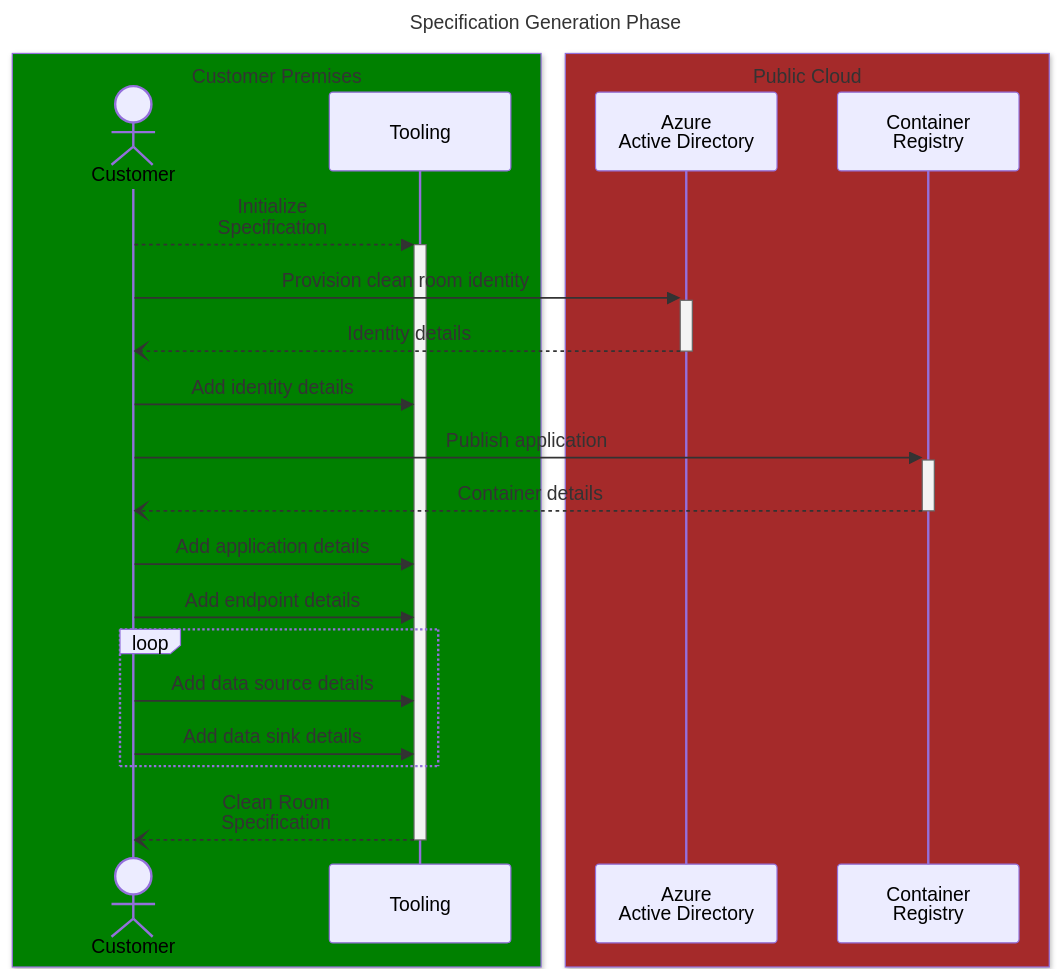
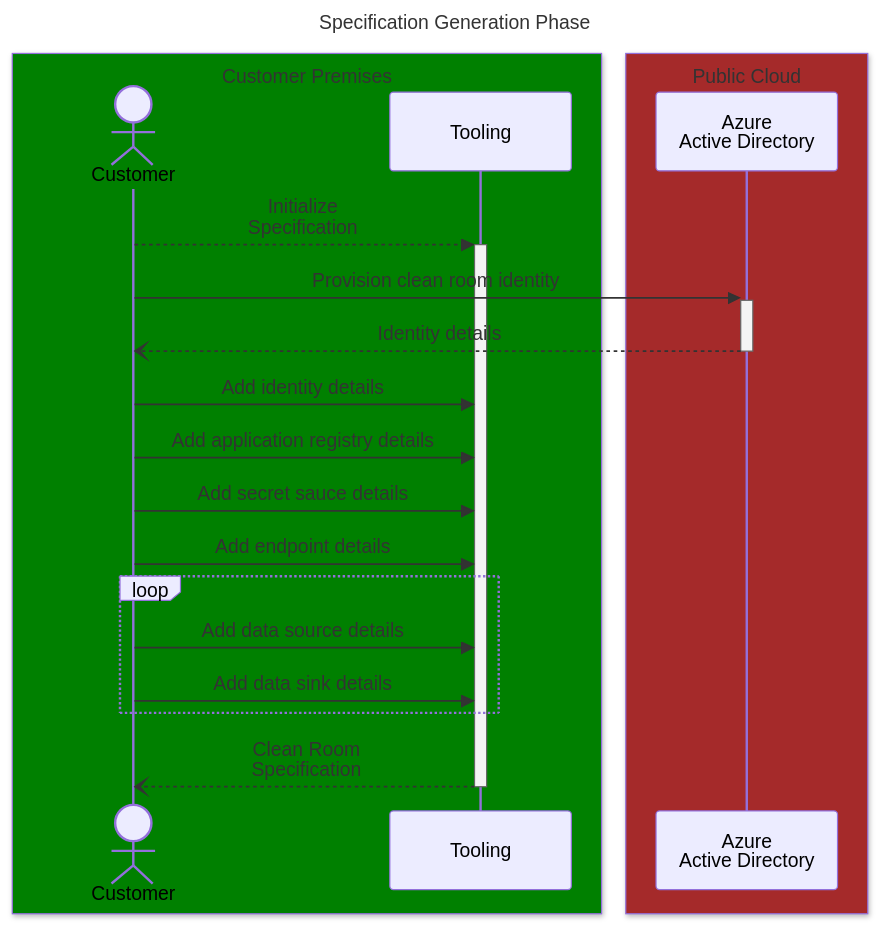
Before and after one commit to PhaniChiruvolu/azure-cleanroom: the fifth of 11 diagrams in docs/public/user_flow.md, drawn with Mermaid. The commit also changed other lines of this file, not shown here.

Commit message:
Trying out graphs for user flow.

````diff
--- a/docs/public/user_flow.md
+++ b/docs/public/user_flow.md
@@ -121,34 +179,31 @@
 ```mermaid
 sequenceDiagram
 title Specification Generation Phase
 
 box green Customer Premises
     actor Customer
     participant Tooling
 end
 
 box brown Public Cloud
     participant AD as Azure<br>Active Directory
-    participant ACR as Container<br>Registry
 end
 
 Customer-->>+Tooling: Initialize<br>Specification
 
 Customer->>+AD: Provision clean room identity
 AD--)-Customer: Identity details
 Customer->>Tooling: Add identity details
 
-Customer->>+ACR: Publish application
-ACR--)-Customer: Container details
-
-Customer->>Tooling: Add application details
+Customer->>Tooling: Add application registry details
+Customer->>Tooling: Add secret sauce details
 Customer->>Tooling: Add endpoint details
 
 loop 
 Customer->>Tooling: Add data source details
 Customer->>Tooling: Add data sink details
 end
 
 Tooling--)-Customer: Clean Room<br>Specification
 
 ```
````
